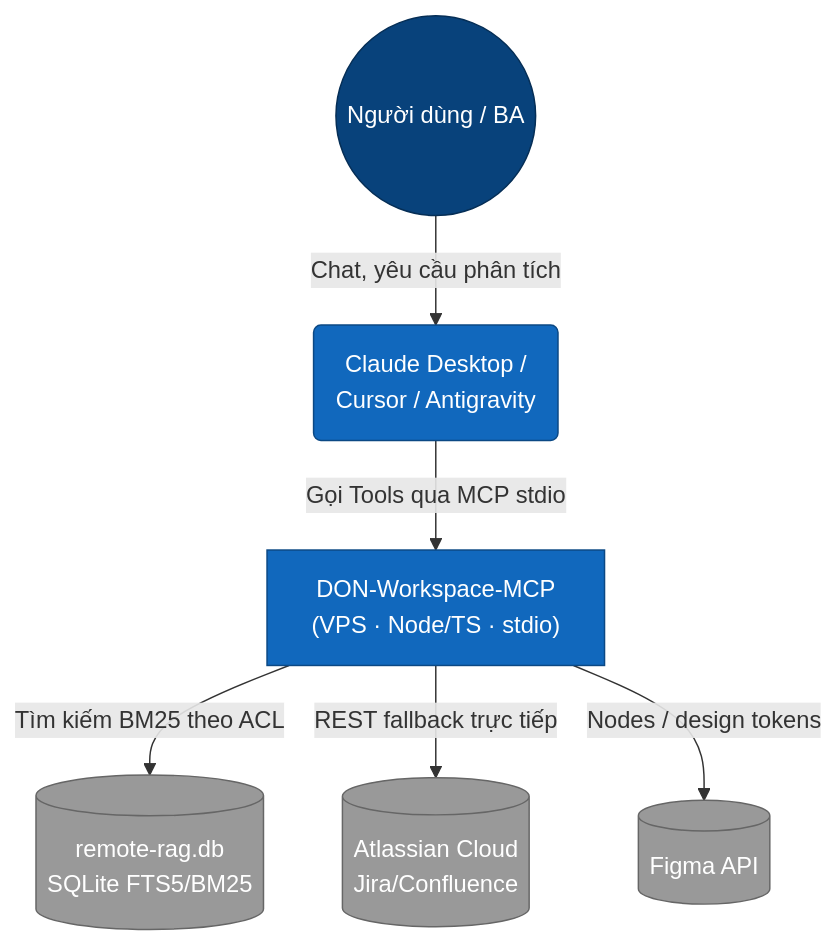
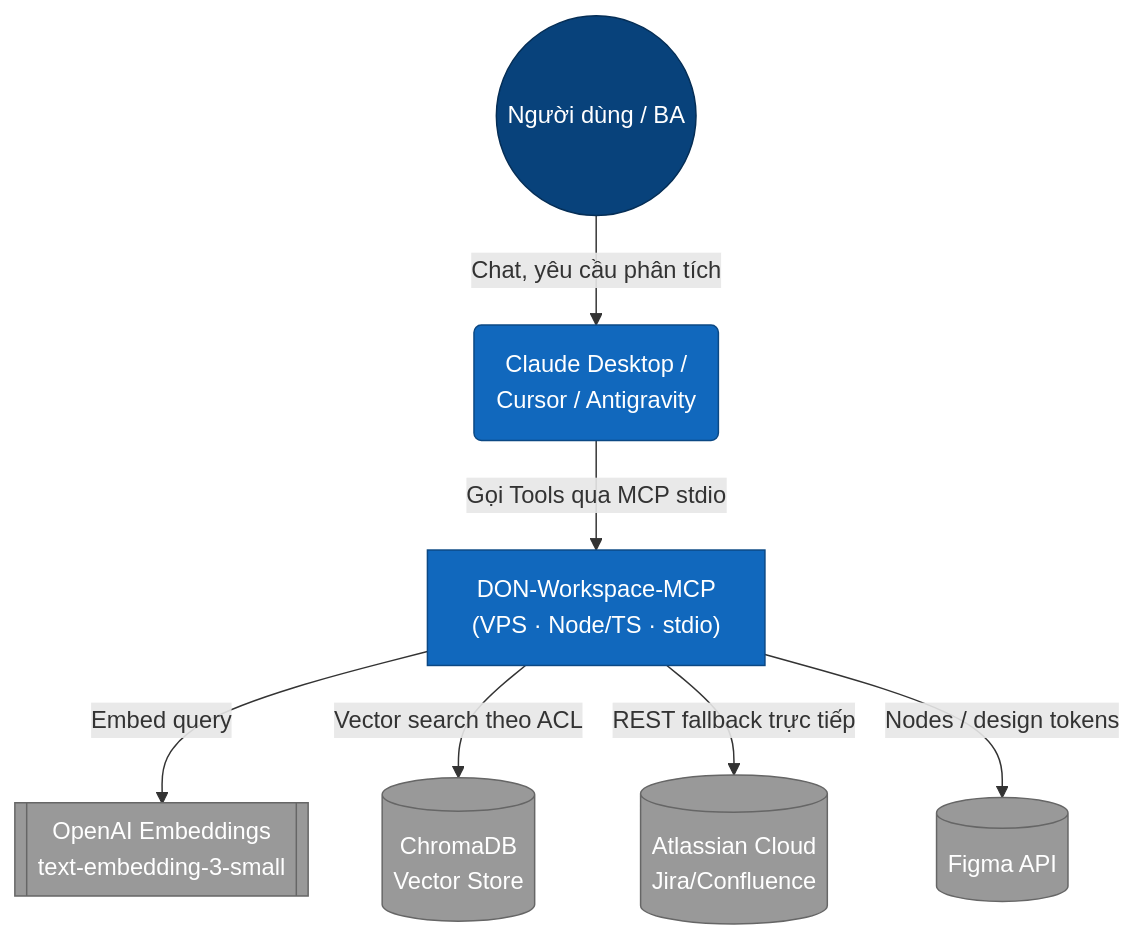
One commit to cachep-xidau/MCP-server changed the first of 4 diagrams in docs/system-architecture.md. Above: the diagram before and after it, drawn with Mermaid. The commit also changed other lines of this file and 6 other files, not shown here.

First line of the commit message:
feat: add semantic KB search via OpenAI embeddings + ChromaDB

````diff
--- a/docs/system-architecture.md
+++ b/docs/system-architecture.md
@@ -11,23 +11,25 @@
 ```mermaid
 graph TD
     User((Người dùng / BA))
     Agent(Claude Desktop /\nCursor / Antigravity)
     MCP["DON-Workspace-MCP\n(VPS · Node/TS · stdio)"]
-    KB[(remote-rag.db\nSQLite FTS5/BM25)]
+    OpenAI[[OpenAI Embeddings\ntext-embedding-3-small]]
+    Chroma[(ChromaDB\nVector Store)]
     Atlassian[(Atlassian Cloud\nJira/Confluence)]
     Figma[(Figma API)]
 
     User -->|Chat, yêu cầu phân tích| Agent
     Agent -->|Gọi Tools qua MCP stdio| MCP
-    MCP -->|Tìm kiếm BM25 theo ACL| KB
+    MCP -->|Embed query| OpenAI
+    MCP -->|Vector search theo ACL| Chroma
     MCP -->|REST fallback trực tiếp| Atlassian
     MCP -->|Nodes / design tokens| Figma
 
     classDef person fill:#08427b,color:#fff,stroke:#052e56
     classDef sys fill:#1168bd,color:#fff,stroke:#0b4884
     classDef ext fill:#999999,color:#fff,stroke:#666666
 
     class User person;
     class Agent,MCP sys;
-    class KB,Atlassian,Figma ext;
+    class OpenAI,Chroma,Atlassian,Figma ext;
 ```
````
